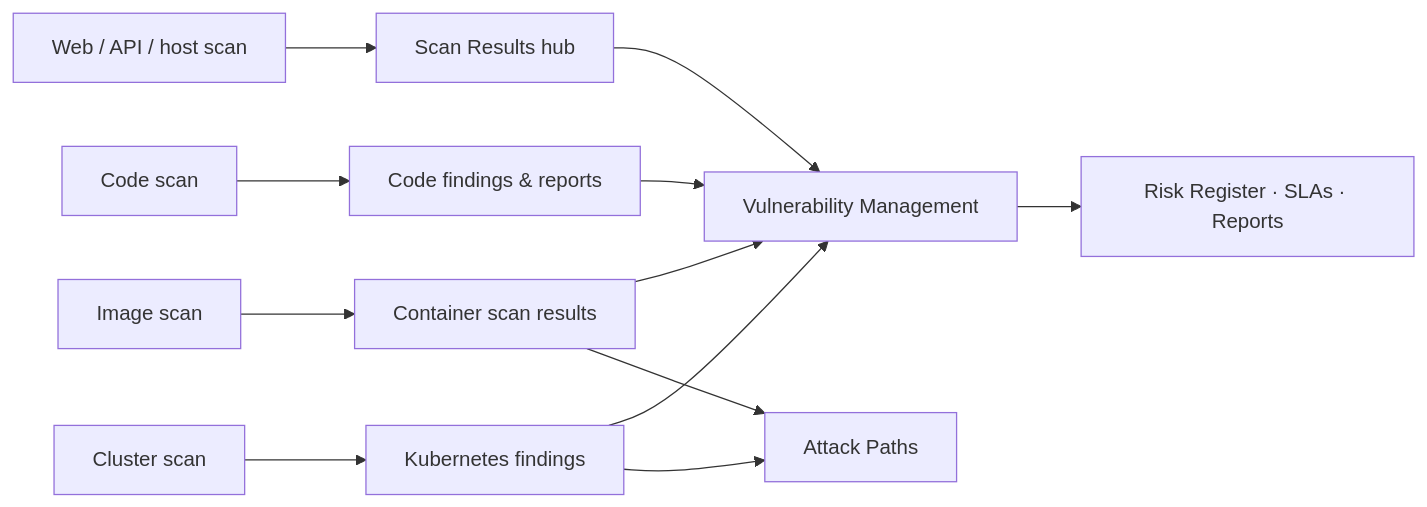
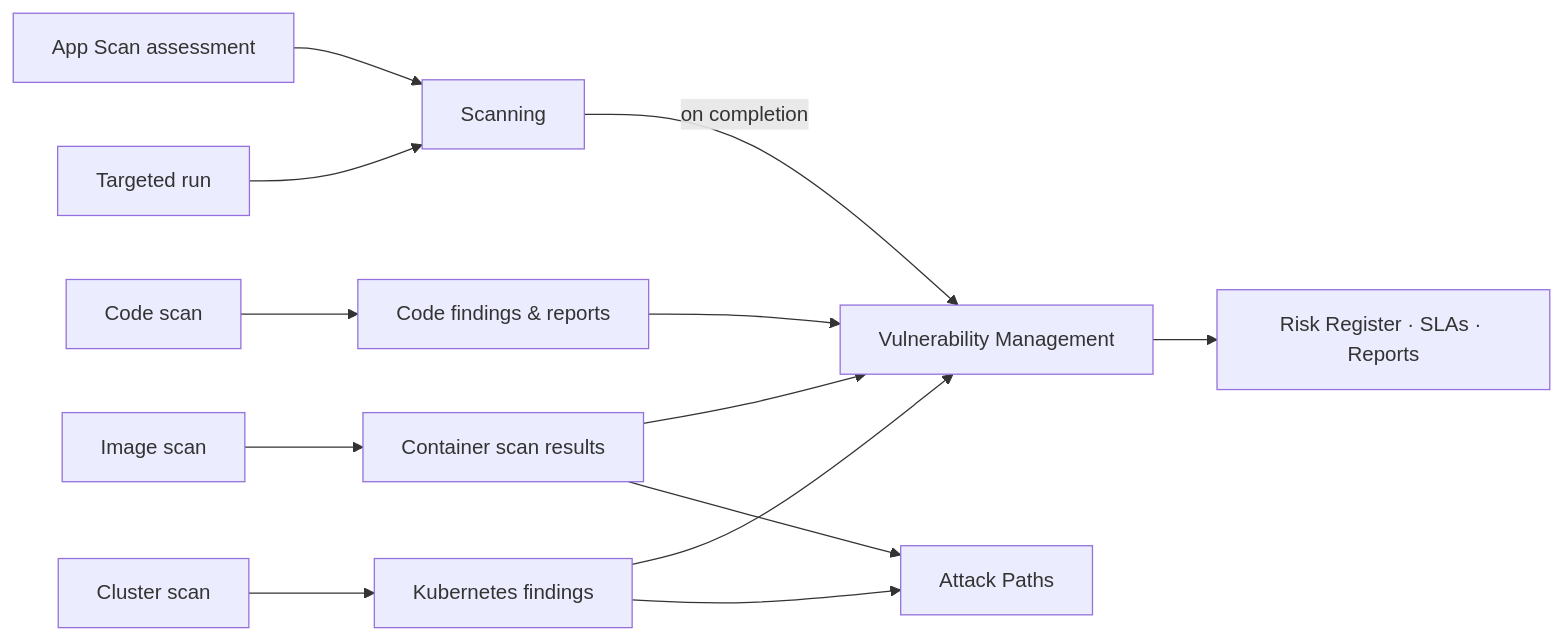
Before and after one commit to niteshsaini/offloadsecurity-docs: the diagram in docs/security-scanning/index.md, drawn with Mermaid. The commit also changed other lines of this file and 156 other files, not shown here.

````diff
--- a/docs/security-scanning/index.md
+++ b/docs/security-scanning/index.md
@@ -28,14 +28,15 @@
 ```mermaid
 flowchart LR
-    W[Web / API / host scan] --> H[Scan Results hub]
+    A[App Scan assessment] --> S[Scanning]
+    T[Targeted run] --> S
     C[Code scan] --> CF[Code findings & reports]
     I[Image scan] --> IF[Container scan results]
     K[Cluster scan] --> KF[Kubernetes findings]
-    H --> V[Vulnerability Management]
+    S -->|on completion| V[Vulnerability Management]
     CF --> V
     IF --> V
     KF --> V
     V --> R[Risk Register · SLAs · Reports]
     KF --> G[Attack Paths]
     IF --> G
 ```
````
